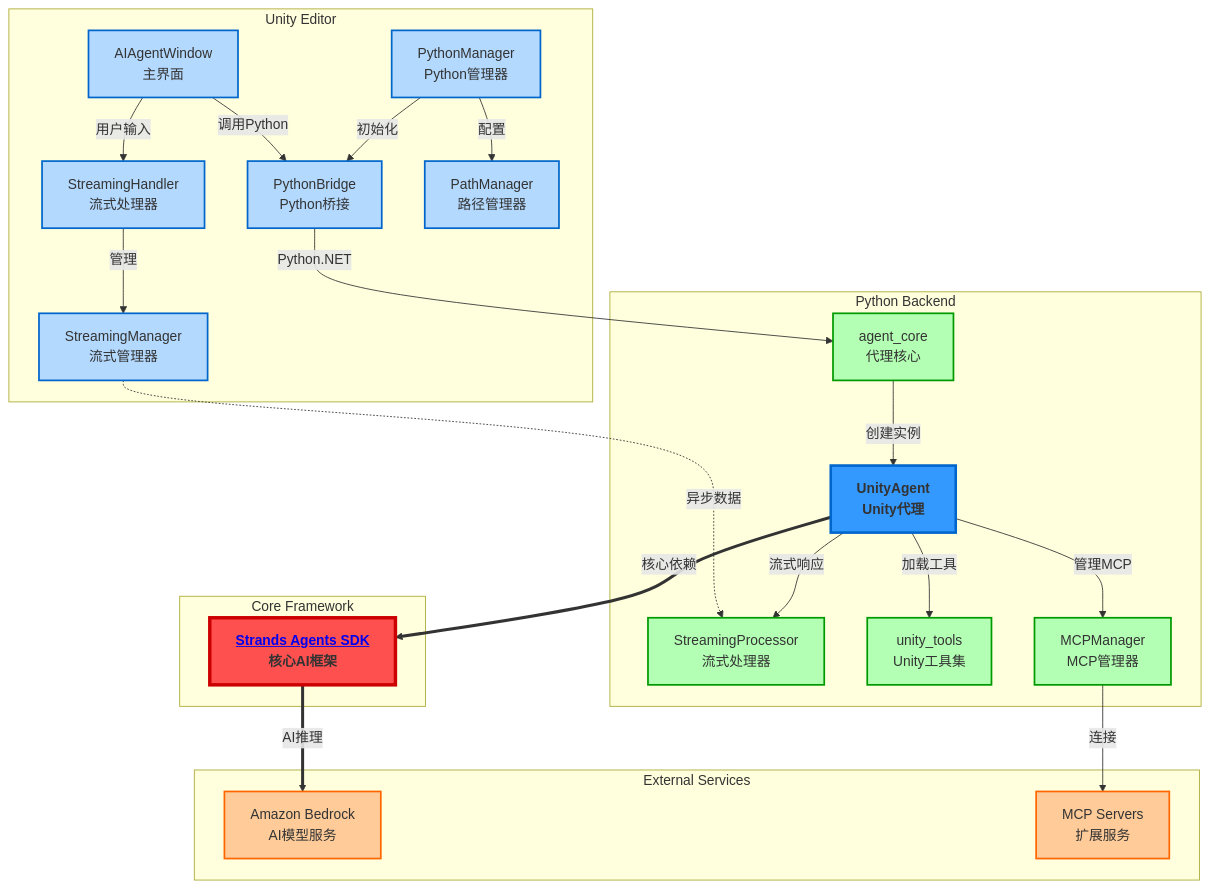
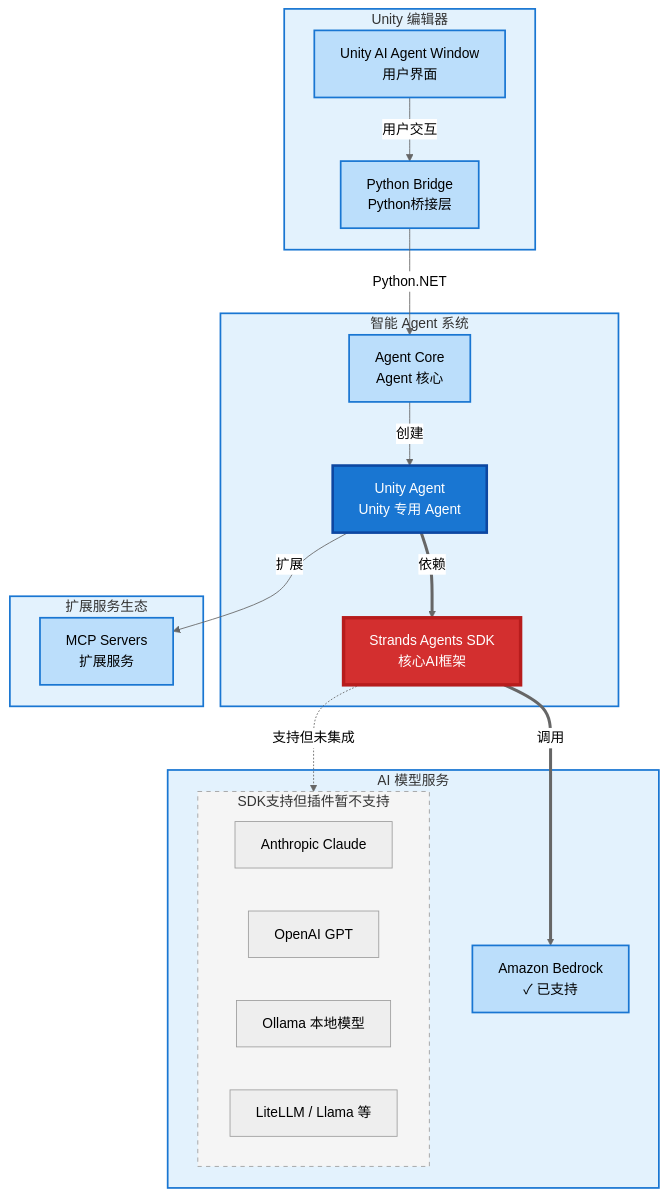
One commit to ddpie/unity-strands-agent changed the first of 2 diagrams in README.md. Above: the diagram before and after it, drawn with Mermaid. The commit also changed other lines of this file, not shown here.

Commit message:
update README.md to improve system architecture diagrams
- changed graph direction from TB to TD for better clarity
- updated node labels and descriptions for enhanced understanding
- refined color schemes and styles for improved visual consistency
- added support details for AI models and clarified integration points

````diff
--- a/README.md
+++ b/README.md
@@ -39,55 +39,61 @@
 ```mermaid
-graph TB
-    subgraph "Unity Editor"
-        UI[AIAgentWindow<br/>主界面]
-        SH[StreamingHandler<br/>流式处理器]
-        SM[StreamingManager<br/>流式管理器]
-        PB[PythonBridge<br/>Python桥接]
-        PM[PythonManager<br/>Python管理器]
-        PATH[PathManager<br/>路径管理器]
+%%{init: {'theme':'neutral'}}%%
+graph TD
+    subgraph Unity["Unity 编辑器"]
+        UI[Unity AI Agent Window<br/>用户界面]
+        PB[Python Bridge<br/>Python桥接层]
     end
     
-    subgraph "Python Backend"
-        AC[agent_core<br/>代理核心]
-        UA[UnityAgent<br/>Unity代理]
-        SP[StreamingProcessor<br/>流式处理器]
-        UT[unity_tools<br/>Unity工具集]
-        MM[MCPManager<br/>MCP管理器]
+    subgraph AgentPython["智能 Agent 系统"]
+        AC[Agent Core<br/>Agent 核心]
+        UA[Unity Agent<br/>Unity 专用 Agent]
+        SDK[Strands Agents SDK<br/>核心AI框架]
     end
     
-    subgraph "Core Framework"
-        SDK[<a href="https://strandsagents.com/latest/">Strands Agents SDK</a><br/>核心AI框架]
+    subgraph ModelServices["AI 模型服务"]
+        AWS[Amazon Bedrock<br/>✓ 已支持]
+        subgraph OtherAI[SDK支持但插件暂不支持]
+            ANTHROPIC[Anthropic Claude]
+            OPENAI[OpenAI GPT]
+            OLLAMA[Ollama 本地模型]
+            OTHERS[LiteLLM / Llama 等]
+        end
     end
     
-    subgraph "External Services"
-        AWS[Amazon Bedrock<br/>AI模型服务]
+    subgraph MCPServices["扩展服务生态"]
         MCP[MCP Servers<br/>扩展服务]
     end
     
-    UI -->|用户输入| SH
-    UI -->|调用Python| PB
-    SH -->|管理| SM
-    SM -.->|异步数据| SP
-    PM -->|初始化| PB
-    PM -->|配置| PATH
+    %% Connections
+    UI -->|用户交互| PB
     PB -->|Python.NET| AC
-    AC -->|创建实例| UA
-    UA ==>|核心依赖| SDK
-    UA -->|流式响应| SP
-    UA -->|加载工具| UT
-    UA -->|管理MCP| MM
-    SDK ==>|AI推理| AWS
-    MM -->|连接| MCP
+    AC -->|创建| UA
+    UA ==>|依赖| SDK
+    SDK ==>|调用| AWS
+    SDK -.->|支持但未集成| OtherAI
+    UA -->|扩展| MCP
     
-    classDef unityStyle fill:#b3d9ff,stroke:#0066cc,stroke-width:2px
-    classDef pythonStyle fill:#b3ffb3,stroke:#009900,stroke-width:2px
-    classDef agentStyle fill:#3399ff,stroke:#0066cc,stroke-width:3px,font-weight:bold
-    classDef sdkStyle fill:#ff5050,stroke:#cc0000,stroke-width:4px,font-weight:bold
-    classDef externalStyle fill:#ffcc99,stroke:#ff6600,stroke-width:2px
+    %% Subgraph styles
+    style Unity fill:#E3F2FD,stroke:#1976D2,stroke-width:2px
+    style AgentPython fill:#E3F2FD,stroke:#1976D2,stroke-width:2px
+    style ModelServices fill:#E3F2FD,stroke:#1976D2,stroke-width:2px
+    style MCPServices fill:#E3F2FD,stroke:#1976D2,stroke-width:2px
     
-    class UI,SH,SM,PB,PM,PATH unityStyle
-    class AC,SP,UT,MM pythonStyle
-    class UA agentStyle
-    class SDK sdkStyle
-    class AWS,MCP externalStyle
+    %% Node styles - Blue for supported features
+    style UI fill:#BBDEFB,stroke:#1976D2,stroke-width:2px
+    style PB fill:#BBDEFB,stroke:#1976D2,stroke-width:2px
+    style AC fill:#BBDEFB,stroke:#1976D2,stroke-width:2px
+    style UA fill:#1976D2,stroke:#0D47A1,stroke-width:3px,color:#FFF
+    style AWS fill:#BBDEFB,stroke:#1976D2,stroke-width:2px
+    style MCP fill:#BBDEFB,stroke:#1976D2,stroke-width:2px
+    
+    %% Core SDK - Red for emphasis
+    style SDK fill:#D32F2F,stroke:#B71C1C,stroke-width:4px,color:#FFF
+    
+    %% Unsupported services - Gray
+    style OtherAI fill:#F5F5F5,stroke:#9E9E9E,stroke-width:1px,stroke-dasharray: 5 5
+    style ANTHROPIC fill:#EEEEEE,stroke:#9E9E9E,stroke-width:1px
+    style OPENAI fill:#EEEEEE,stroke:#9E9E9E,stroke-width:1px
+    style OLLAMA fill:#EEEEEE,stroke:#9E9E9E,stroke-width:1px
+    style OTHERS fill:#EEEEEE,stroke:#9E9E9E,stroke-width:1px
 ```
````
